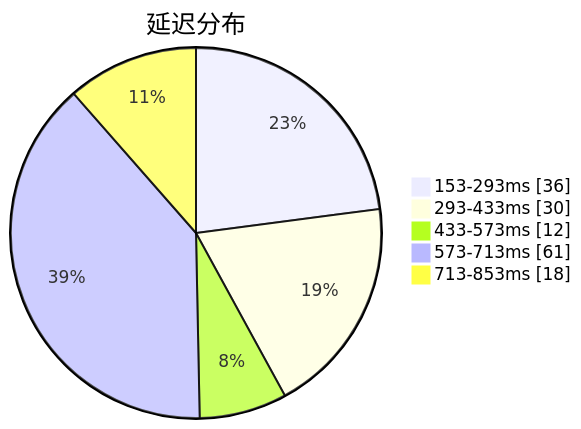
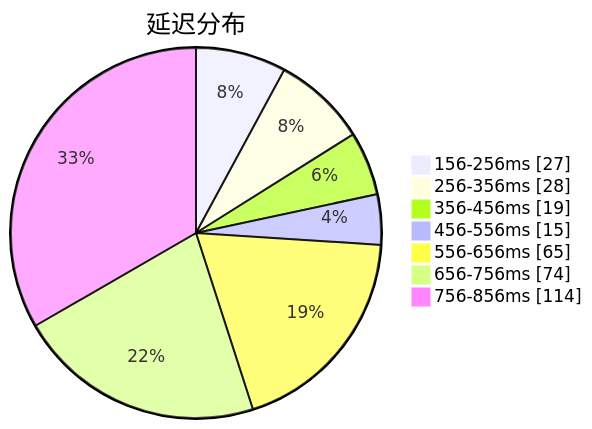
Before and after one commit to qjlxg/airport: the first of 3 diagrams in subs/statistics/tested_within.md, drawn with Mermaid. The commit also changed other lines of this file and 2 other files, not shown here.

Commit message:
Tested by metaST

````diff
--- a/subs/statistics/tested_within.md
+++ b/subs/statistics/tested_within.md
@@ -2,9 +2,11 @@
 ```mermaid
 pie showData
 title 延迟分布
-"153-293ms" : 36
-"293-433ms" : 30
-"433-573ms" : 12
-"573-713ms" : 61
-"713-853ms" : 18
+"156-256ms" : 27
+"256-356ms" : 28
+"356-456ms" : 19
+"456-556ms" : 15
+"556-656ms" : 65
+"656-756ms" : 74
+"756-856ms" : 114
 ```
````
